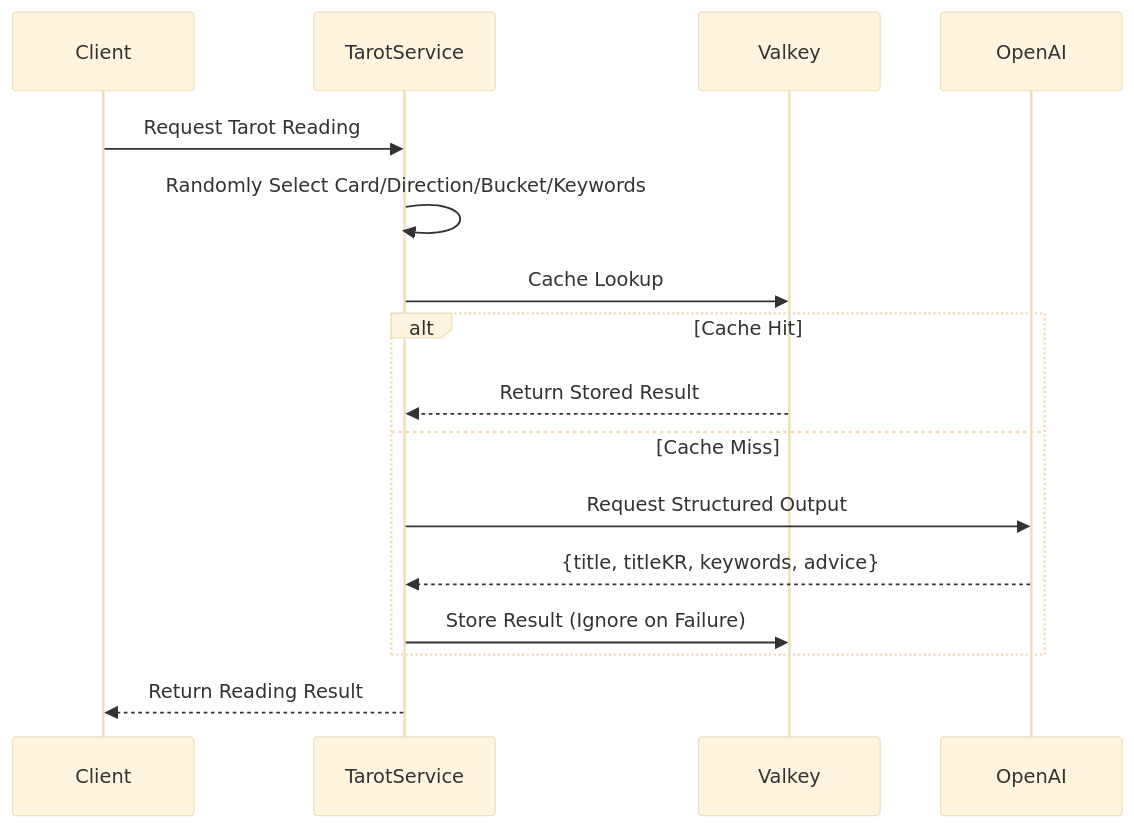
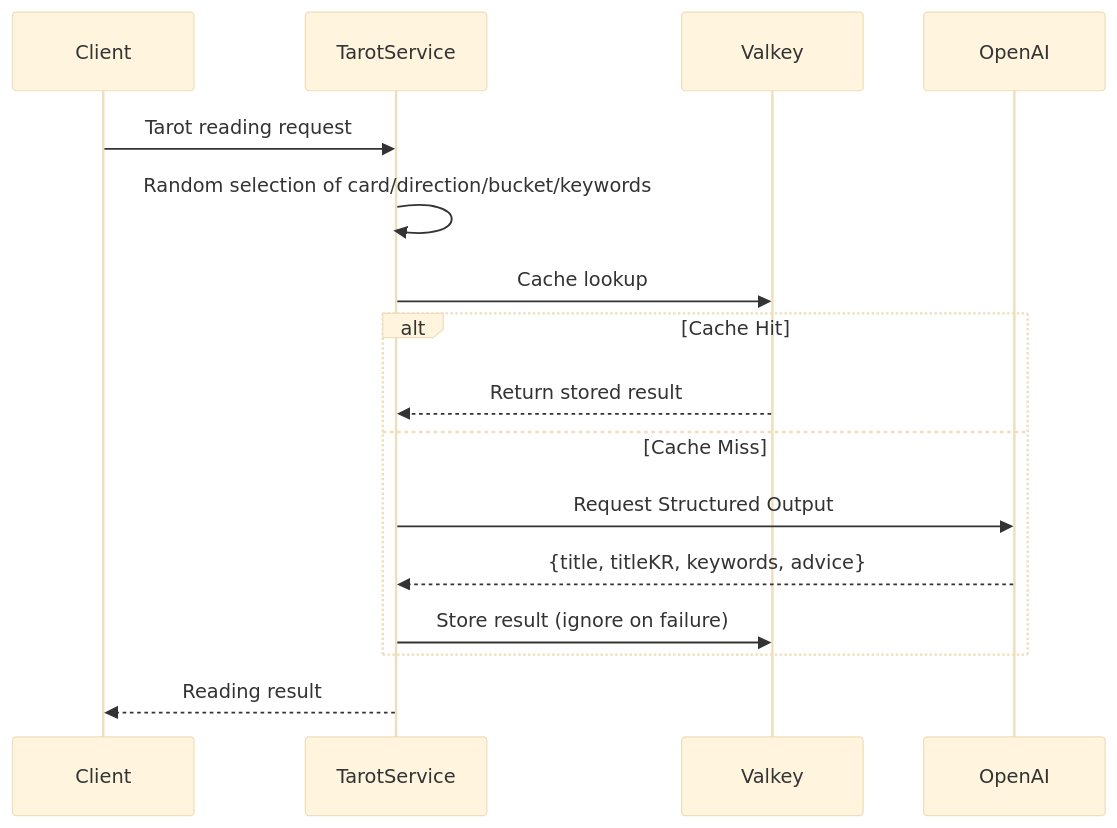
Before and after one commit to mandacode-labs/mandacode-devs: the second of 2 diagrams in src/content/blog/en/tarot-deep-dive.md, drawn with Mermaid (base theme). The commit also changed other lines of this file and 14 other files, not shown here.

````diff
--- a/src/content/blog/en/tarot-deep-dive.md
+++ b/src/content/blog/en/tarot-deep-dive.md
@@ -65,21 +65,21 @@
 ```mermaid
 sequenceDiagram
     participant Client as Client
     participant Service as TarotService
     participant Cache as Valkey
     participant AI as OpenAI
 
-    Client->>Service: Request Tarot Reading
-    Service->>Service: Randomly Select Card/Direction/Bucket/Keywords
-    Service->>Cache: Cache Lookup
+    Client->>Service: Tarot reading request
+    Service->>Service: Random selection of card/direction/bucket/keywords
+    Service->>Cache: Cache lookup
 
     alt Cache Hit
-        Cache-->>Service: Return Stored Result
+        Cache-->>Service: Return stored result
     else Cache Miss
         Service->>AI: Request Structured Output
         AI-->>Service: {title, titleKR, keywords, advice}
-        Service->>Cache: Store Result (Ignore on Failure)
+        Service->>Cache: Store result (ignore on failure)
     end
 
-    Service-->>Client: Return Reading Result
+    Service-->>Client: Reading result
 ```
````
